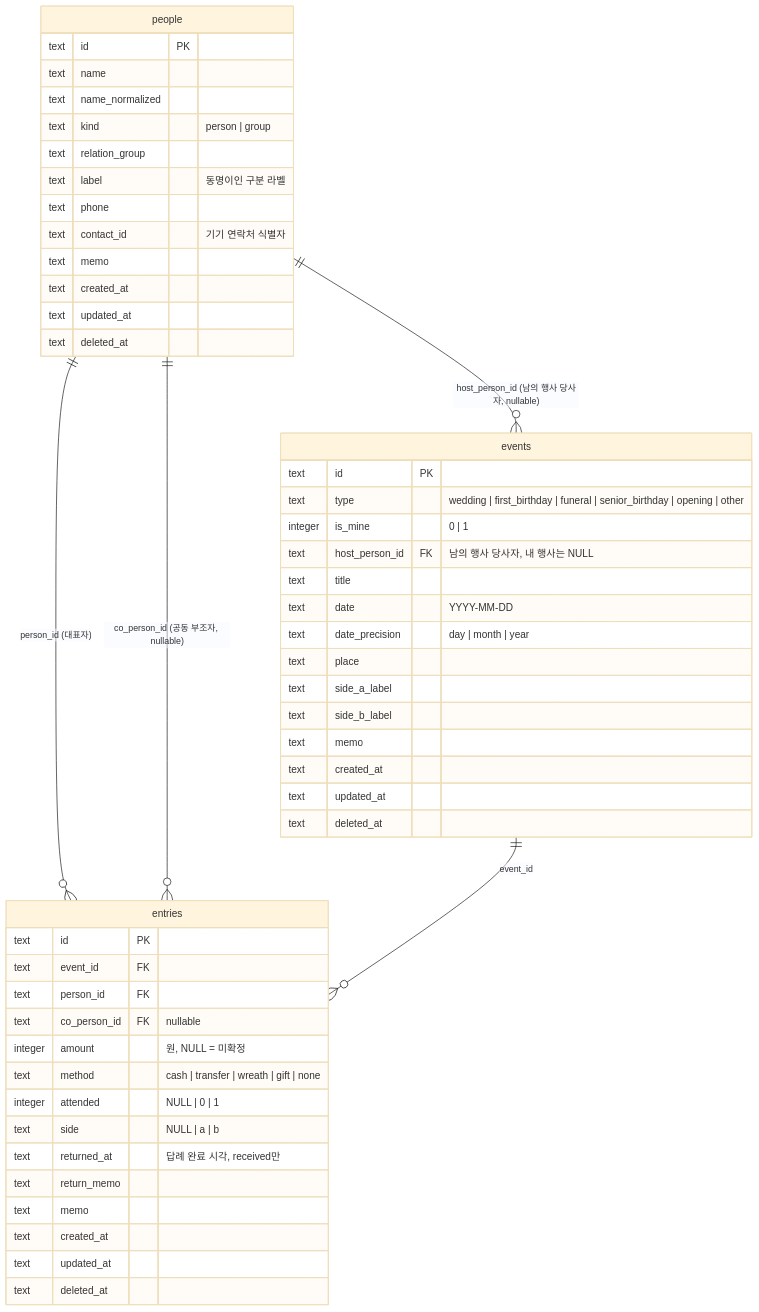
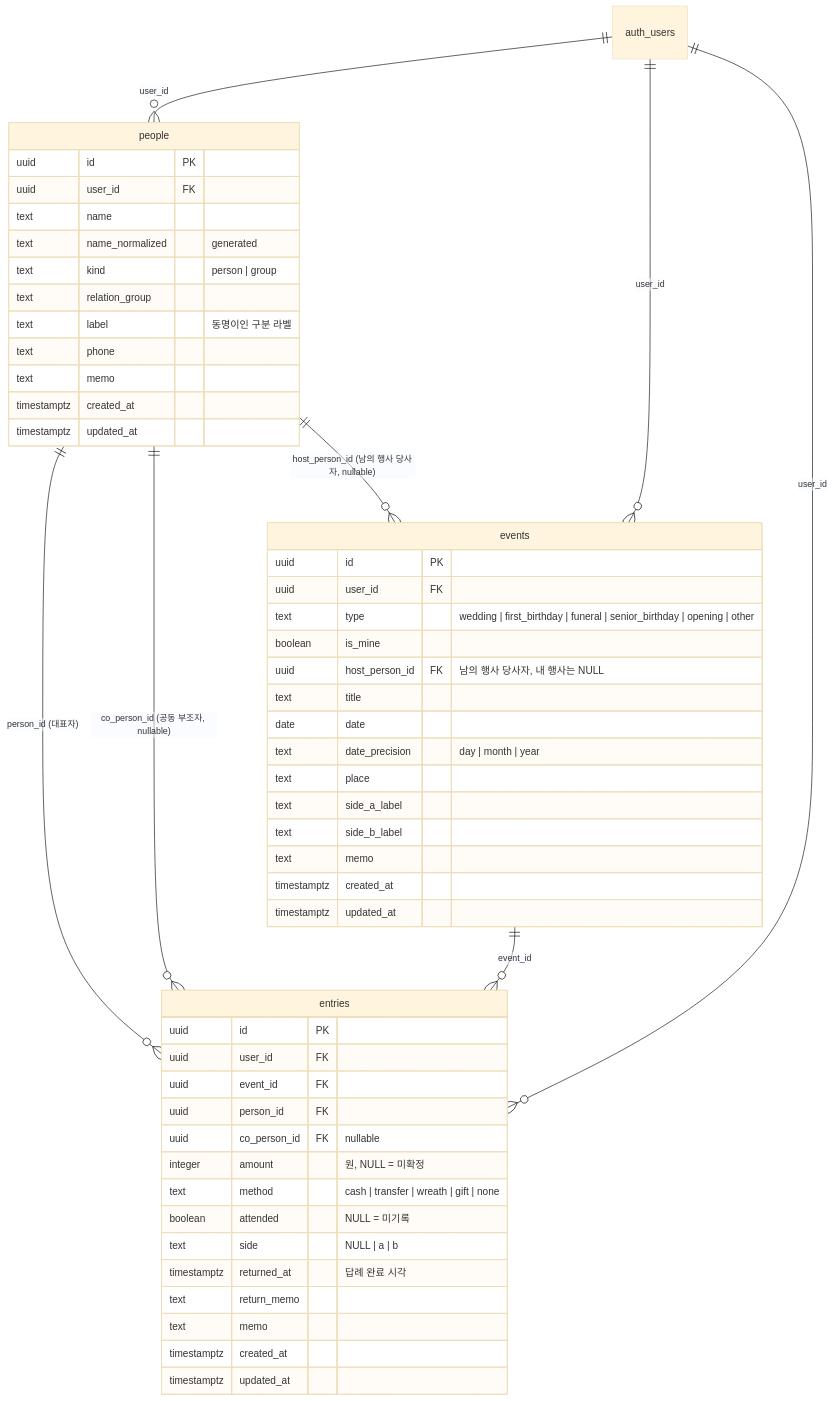
One commit to cocobanana-spec/returnproject changed the diagram in docs/03-data-model.md. Above: the diagram before and after it, drawn with Mermaid (base theme). The commit also changed other lines of this file and 5 other files, not shown here.

````diff
--- a/docs/03-data-model.md
+++ b/docs/03-data-model.md
@@ -31,54 +45,56 @@
 ```mermaid
 erDiagram
+    auth_users ||--o{ people : "user_id"
+    auth_users ||--o{ events : "user_id"
+    auth_users ||--o{ entries : "user_id"
     people ||--o{ entries : "person_id (대표자)"
     people ||--o{ entries : "co_person_id (공동 부조자, nullable)"
     people ||--o{ events : "host_person_id (남의 행사 당사자, nullable)"
     events ||--o{ entries : "event_id"
 
     people {
-        text id PK
+        uuid id PK
+        uuid user_id FK
         text name
-        text name_normalized
+        text name_normalized "generated"
         text kind "person | group"
         text relation_group
         text label "동명이인 구분 라벨"
         text phone
-        text contact_id "기기 연락처 식별자"
         text memo
-        text created_at
-        text updated_at
-        text deleted_at
+        timestamptz created_at
+        timestamptz updated_at
     }
     events {
-        text id PK
+        uuid id PK
+        uuid user_id FK
         text type "wedding | first_birthday | funeral | senior_birthday | opening | other"
-        integer is_mine "0 | 1"
-        text host_person_id FK "남의 행사 당사자, 내 행사는 NULL"
+        boolean is_mine
+        uuid host_person_id FK "남의 행사 당사자, 내 행사는 NULL"
         text title
-        text date "YYYY-MM-DD"
+        date date
         text date_precision "day | month | year"
         text place
         text side_a_label
         text side_b_label
         text memo
-        text created_at
-        text updated_at
-        text deleted_at
+        timestamptz created_at
+        timestamptz updated_at
     }
     entries {
-        text id PK
-        text event_id FK
-        text person_id FK
-        text co_person_id FK "nullable"
+        uuid id PK
+        uuid user_id FK
+        uuid event_id FK
+        uuid person_id FK
+        uuid co_person_id FK "nullable"
         integer amount "원, NULL = 미확정"
         text method "cash | transfer | wreath | gift | none"
-        integer attended "NULL | 0 | 1"
+        boolean attended "NULL = 미기록"
         text side "NULL | a | b"
-        text returned_at "답례 완료 시각, received만"
+        timestamptz returned_at "답례 완료 시각"
         text return_memo
         text memo
-        text created_at
-        text updated_at
-        text deleted_at
+        timestamptz created_at
+        timestamptz updated_at
     }
 ```
````
